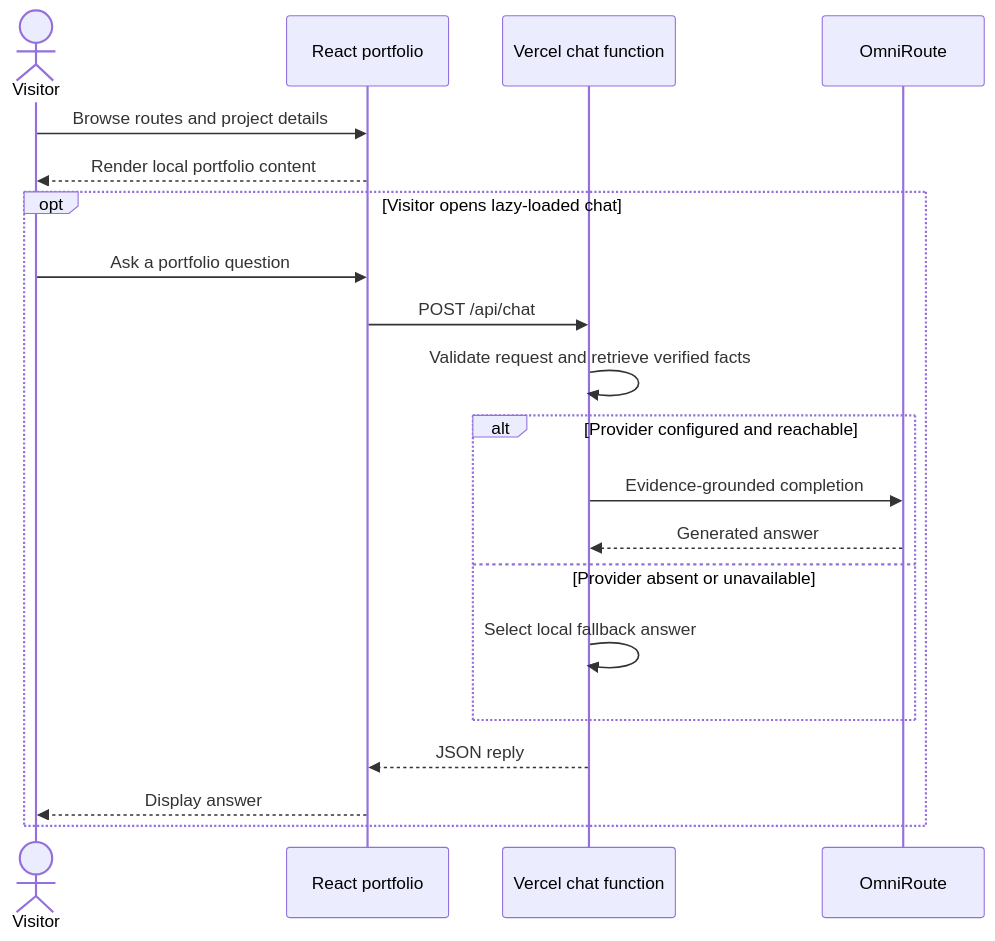
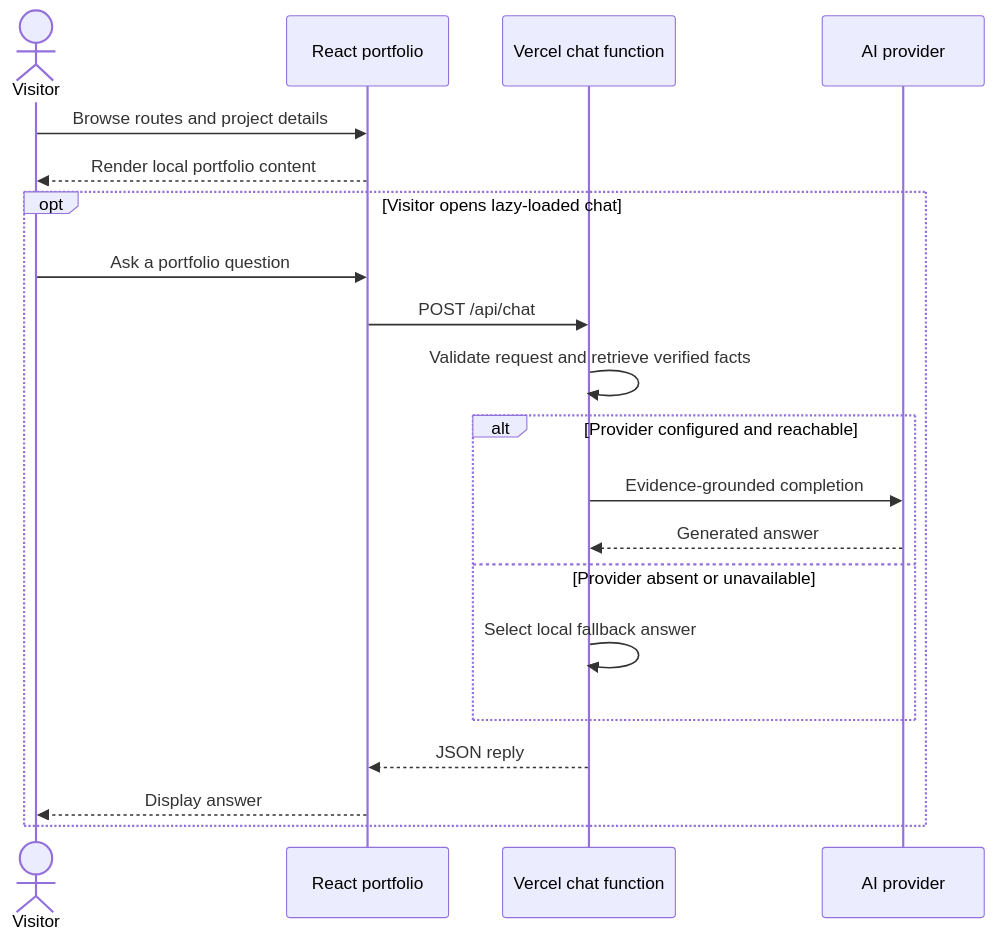
The second of 2 diagrams in README.md (IbrahimAbdelsattar/Ibrahim-Portfolio), drawn with Mermaid before and after one commit. The commit also changed other lines of this file and 4 other files, not shown here.

````diff
--- a/README.md
+++ b/README.md
@@ -61,22 +61,22 @@
 ```mermaid
 sequenceDiagram
     actor Visitor
     participant UI as React portfolio
     participant API as Vercel chat function
-    participant Gateway as OmniRoute
+    participant Gateway as AI provider
     Visitor->>UI: Browse routes and project details
     UI-->>Visitor: Render local portfolio content
     opt Visitor opens lazy-loaded chat
         Visitor->>UI: Ask a portfolio question
         UI->>API: POST /api/chat
         API->>API: Validate request and retrieve verified facts
         alt Provider configured and reachable
             API->>Gateway: Evidence-grounded completion
             Gateway-->>API: Generated answer
         else Provider absent or unavailable
             API->>API: Select local fallback answer
         end
         API-->>UI: JSON reply
         UI-->>Visitor: Display answer
     end
 ```
````
